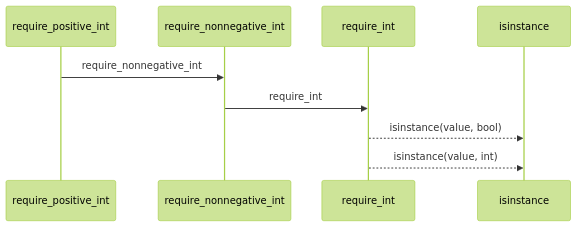
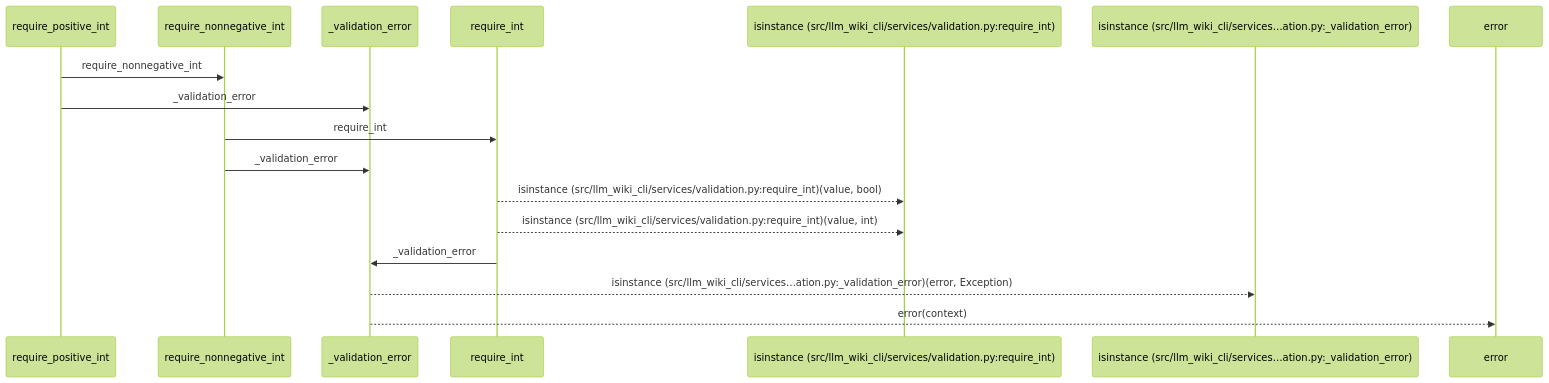
Before and after one commit to Denissvgn/python-wiki-llm: the first of 2 diagrams in docs/llm_wiki/flows/api-require_positive_int.md, drawn with Mermaid (forest theme). The commit also changed other lines of this file and 627 other files, not shown here.

````diff
--- a/docs/llm_wiki/flows/api-require_positive_int.md
+++ b/docs/llm_wiki/flows/api-require_positive_int.md
@@ -12,11 +12,19 @@
 ```mermaid
 sequenceDiagram
     participant p0 as require_positive_int
     participant p1 as require_nonnegative_int
-    participant p2 as require_int
-    participant p3 as isinstance
+    participant p2 as _validation_error
+    participant p3 as require_int
+    participant p4 as isinstance (src/llm_wiki_cli/services/validation.py:require_int)
+    participant p5 as isinstance (src/llm_wiki_cli/services…ation.py:_validation_error)
+    participant p6 as error
     p0->>p1: require_nonnegative_int
-    p1->>p2: require_int
-    p2-->>p3: isinstance(value, bool)
-    p2-->>p3: isinstance(value, int)
+    p0->>p2: _validation_error
+    p1->>p3: require_int
+    p1->>p2: _validation_error
+    p3-->>p4: isinstance (src/llm_wiki_cli/services/validation.py:require_int)(value, bool)
+    p3-->>p4: isinstance (src/llm_wiki_cli/services/validation.py:require_int)(value, int)
+    p3->>p2: _validation_error
+    p2-->>p5: isinstance (src/llm_wiki_cli/services…ation.py:_validation_error)(error, Exception)
+    p2-->>p6: error(context)
 ```
````
